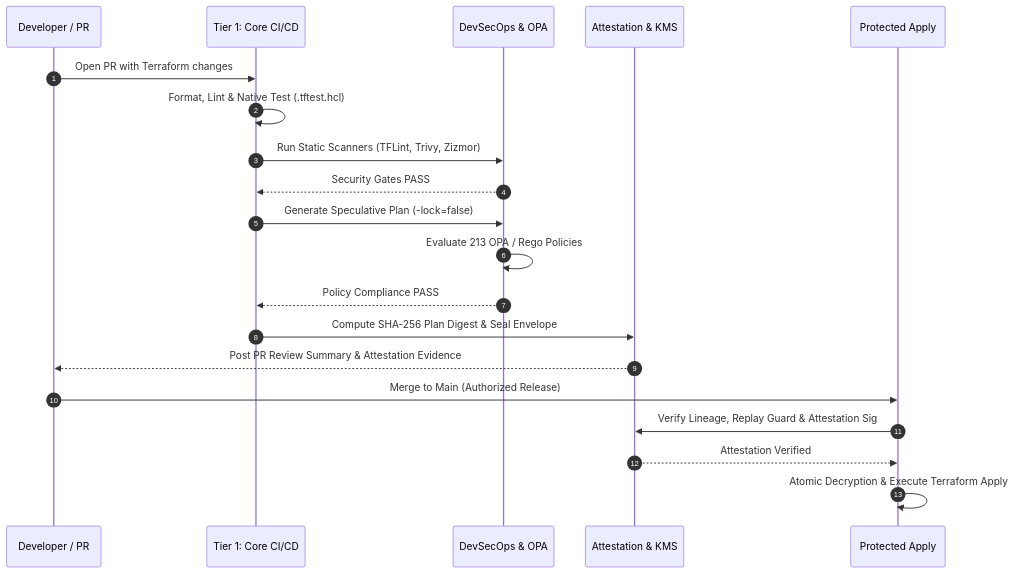
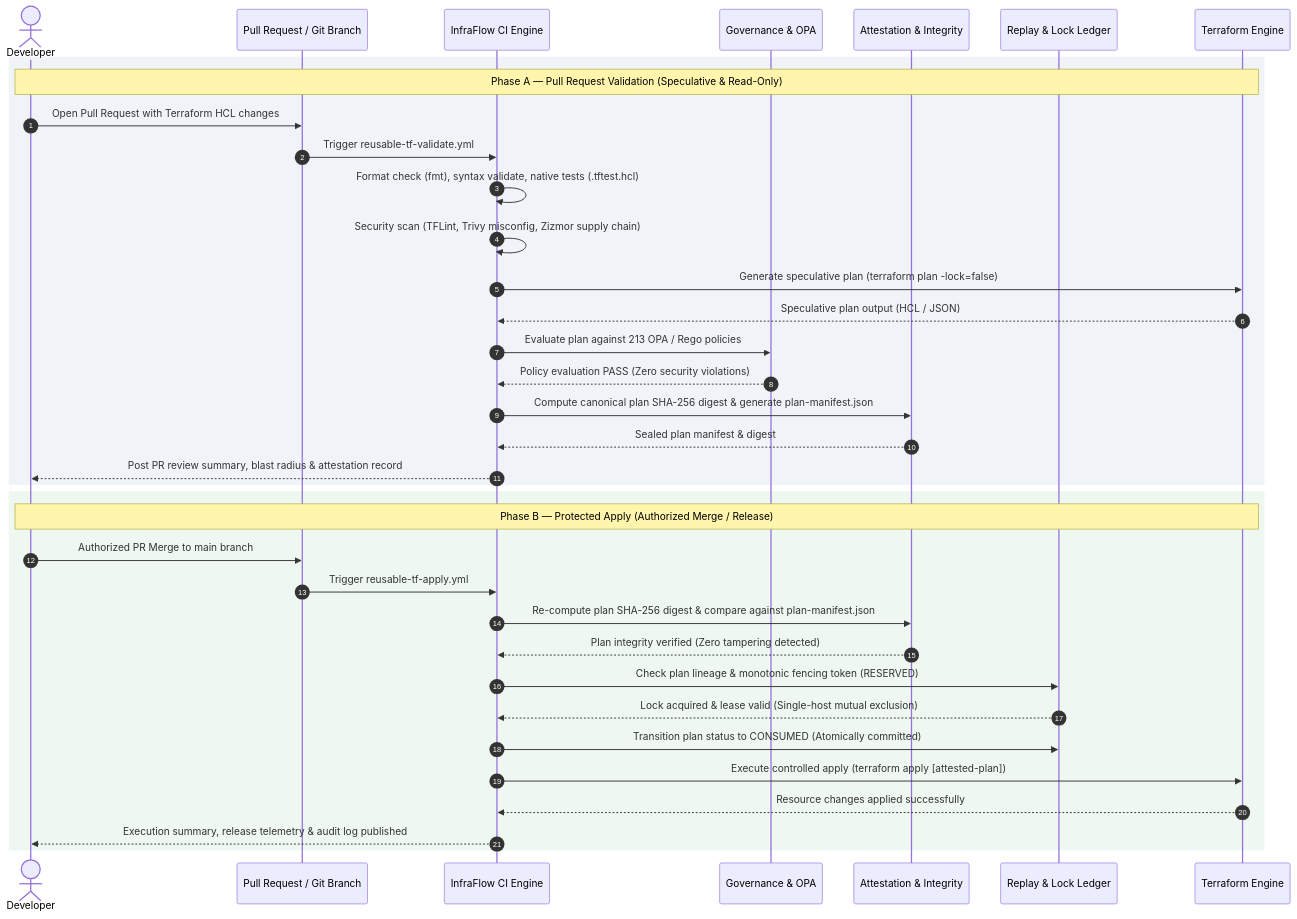
Before and after one commit to TM-threemavithana/infraflow: the third of 3 diagrams in README.md, drawn with Mermaid. The commit also changed other lines of this file, not shown here.

````diff
--- a/README.md
+++ b/README.md
@@ -290,23 +278,40 @@
 ```mermaid
 sequenceDiagram
     autonumber
-    participant Dev as Developer / PR
-    participant Core as Tier 1: Core CI/CD
-    participant Gate as DevSecOps & OPA
-    participant Attest as Attestation & KMS
-    participant Apply as Protected Apply
+    actor Dev as Developer
+    participant PR as Pull Request / Git Branch
+    participant CI as InfraFlow CI Engine
+    participant Gate as Governance & OPA
+    participant Crypto as Attestation & Integrity
+    participant Ledger as Replay & Lock Ledger
+    participant TF as Terraform Engine
 
-    Dev->>Core: Open PR with Terraform changes
-    Core->>Core: Format, Lint & Native Test (.tftest.hcl)
-    Core->>Gate: Run Static Scanners (TFLint, Trivy, Zizmor)
-    Gate-->>Core: Security Gates PASS
-    Core->>Gate: Generate Speculative Plan (-lock=false)
-    Gate->>Gate: Evaluate 213 OPA / Rego Policies
-    Gate-->>Core: Policy Compliance PASS
-    Core->>Attest: Compute SHA-256 Plan Digest & Seal Envelope
-    Attest-->>Dev: Post PR Review Summary & Attestation Evidence
-    Dev->>Apply: Merge to Main (Authorized Release)
-    Apply->>Attest: Verify Lineage, Replay Guard & Attestation Sig
-    Attest-->>Apply: Attestation Verified
-    Apply->>Apply: Atomic Decryption & Execute Terraform Apply
+    rect rgb(240, 244, 248)
+    Note over Dev, TF: Phase A — Pull Request Validation (Speculative & Read-Only)
+    Dev->>PR: Open Pull Request with Terraform HCL changes
+    PR->>CI: Trigger reusable-tf-validate.yml
+    CI->>CI: Format check (fmt), syntax validate, native tests (.tftest.hcl)
+    CI->>CI: Security scan (TFLint, Trivy misconfig, Zizmor supply chain)
+    CI->>TF: Generate speculative plan (terraform plan -lock=false)
+    TF-->>CI: Speculative plan output (HCL / JSON)
+    CI->>Gate: Evaluate plan against 213 OPA / Rego policies
+    Gate-->>CI: Policy evaluation PASS (Zero security violations)
+    CI->>Crypto: Compute canonical plan SHA-256 digest & generate plan-manifest.json
+    Crypto-->>CI: Sealed plan manifest & digest
+    CI-->>Dev: Post PR review summary, blast radius & attestation record
+    end
+
+    rect rgb(238, 247, 240)
+    Note over Dev, TF: Phase B — Protected Apply (Authorized Merge / Release)
+    Dev->>PR: Authorized PR Merge to main branch
+    PR->>CI: Trigger reusable-tf-apply.yml
+    CI->>Crypto: Re-compute plan SHA-256 digest & compare against plan-manifest.json
+    Crypto-->>CI: Plan integrity verified (Zero tampering detected)
+    CI->>Ledger: Check plan lineage & monotonic fencing token (RESERVED)
+    Ledger-->>CI: Lock acquired & lease valid (Single-host mutual exclusion)
+    CI->>Ledger: Transition plan status to CONSUMED (Atomically committed)
+    CI->>TF: Execute controlled apply (terraform apply [attested-plan])
+    TF-->>CI: Resource changes applied successfully
+    CI-->>Dev: Execution summary, release telemetry & audit log published
+    end
 ```
````
